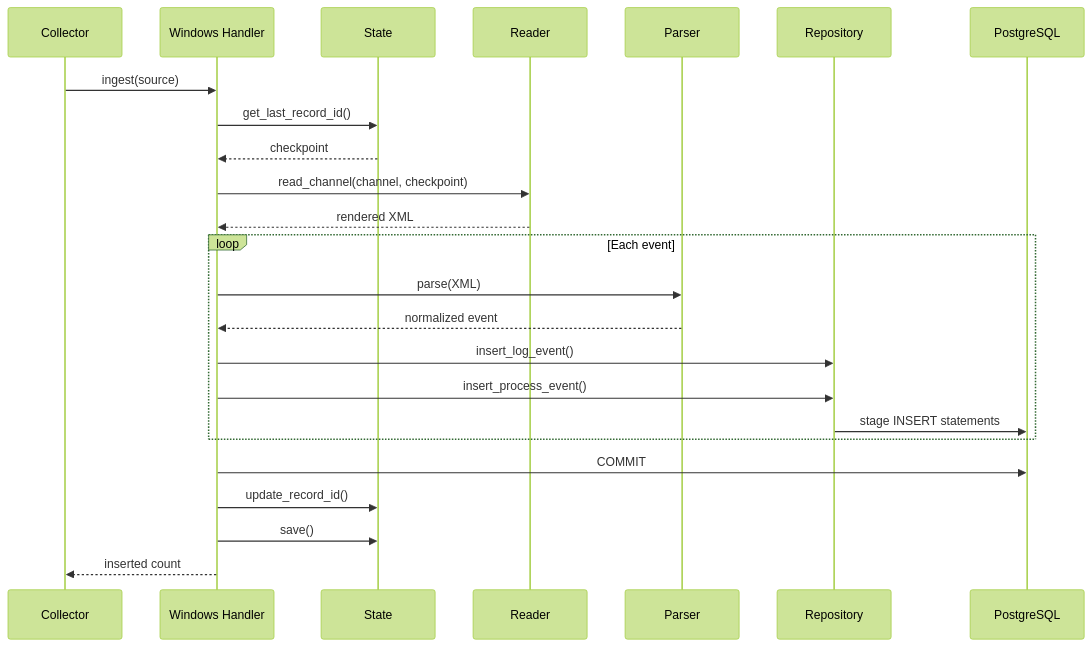
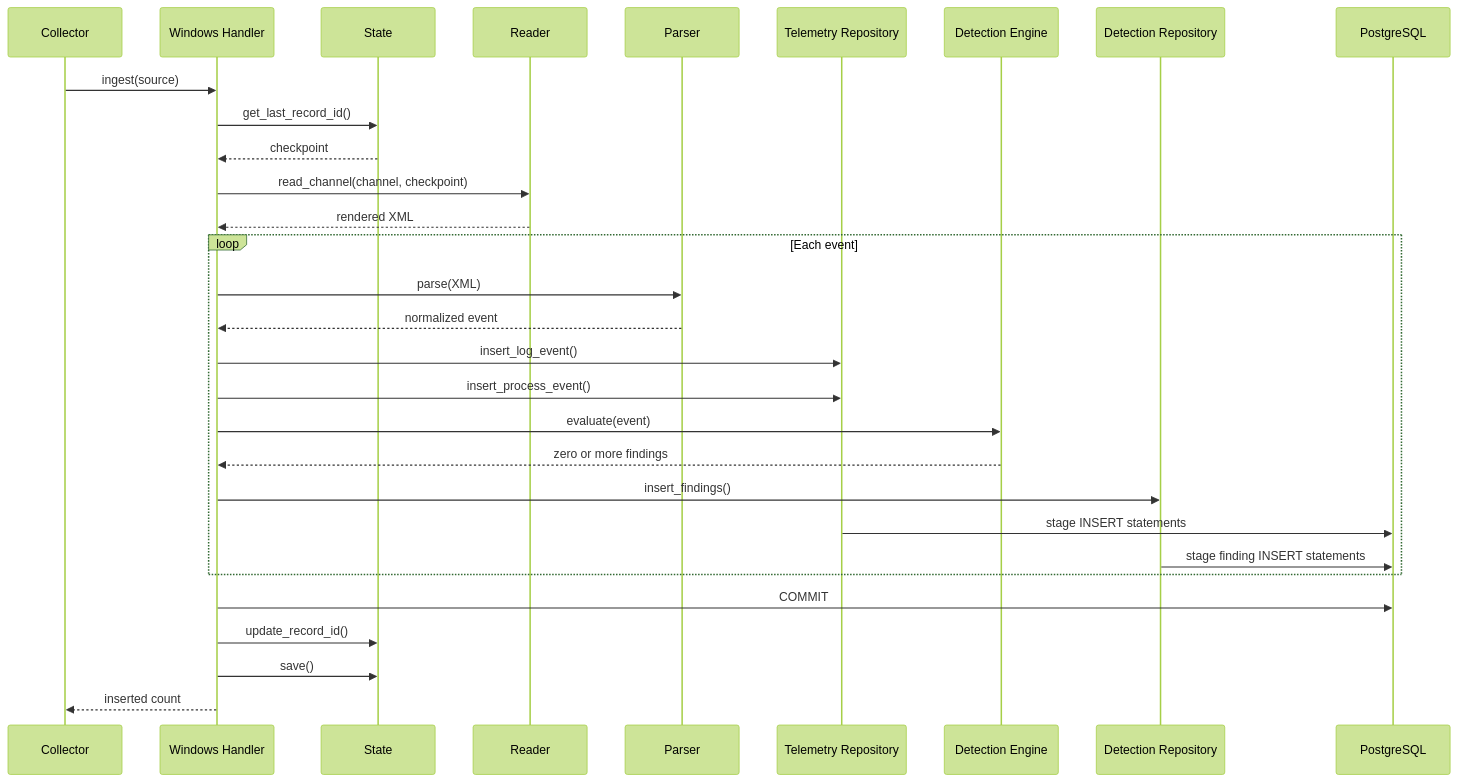
Before and after one commit to Hilliam1/Telemetry-Platform: the eighth of 23 diagrams in docs/01_System_Architecture.md, drawn with Mermaid (forest theme). The commit also changed other lines of this file and 19 other files, not shown here.

Commit message:
feat: persist deterministic detection findings

````diff
--- a/docs/01_System_Architecture.md
+++ b/docs/01_System_Architecture.md
@@ -342,26 +347,32 @@
 ```mermaid
 sequenceDiagram
  participant Collector
  participant Handler as Windows Handler
  participant State
  participant Reader
  participant Parser
- participant Repo as Repository
+ participant Repo as Telemetry Repository
+ participant Engine as Detection Engine
+ participant Findings as Detection Repository
  participant DB as PostgreSQL
  Collector->>Handler: ingest(source)
  Handler->>State: get_last_record_id()
  State-->>Handler: checkpoint
  Handler->>Reader: read_channel(channel, checkpoint)
  Reader-->>Handler: rendered XML
  loop Each event
  Handler->>Parser: parse(XML)
  Parser-->>Handler: normalized event
  Handler->>Repo: insert_log_event()
  Handler->>Repo: insert_process_event()
+ Handler->>Engine: evaluate(event)
+ Engine-->>Handler: zero or more findings
+ Handler->>Findings: insert_findings()
  Repo->>DB: stage INSERT statements
+ Findings->>DB: stage finding INSERT statements
  end
  Handler->>DB: COMMIT
  Handler->>State: update_record_id()
  Handler->>State: save()
  Handler-->>Collector: inserted count
 ```
````
